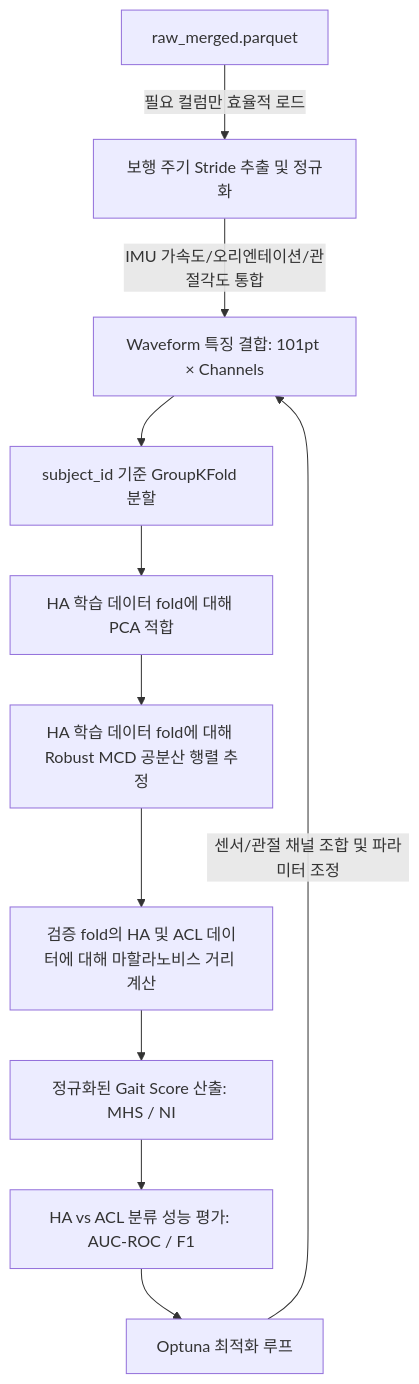
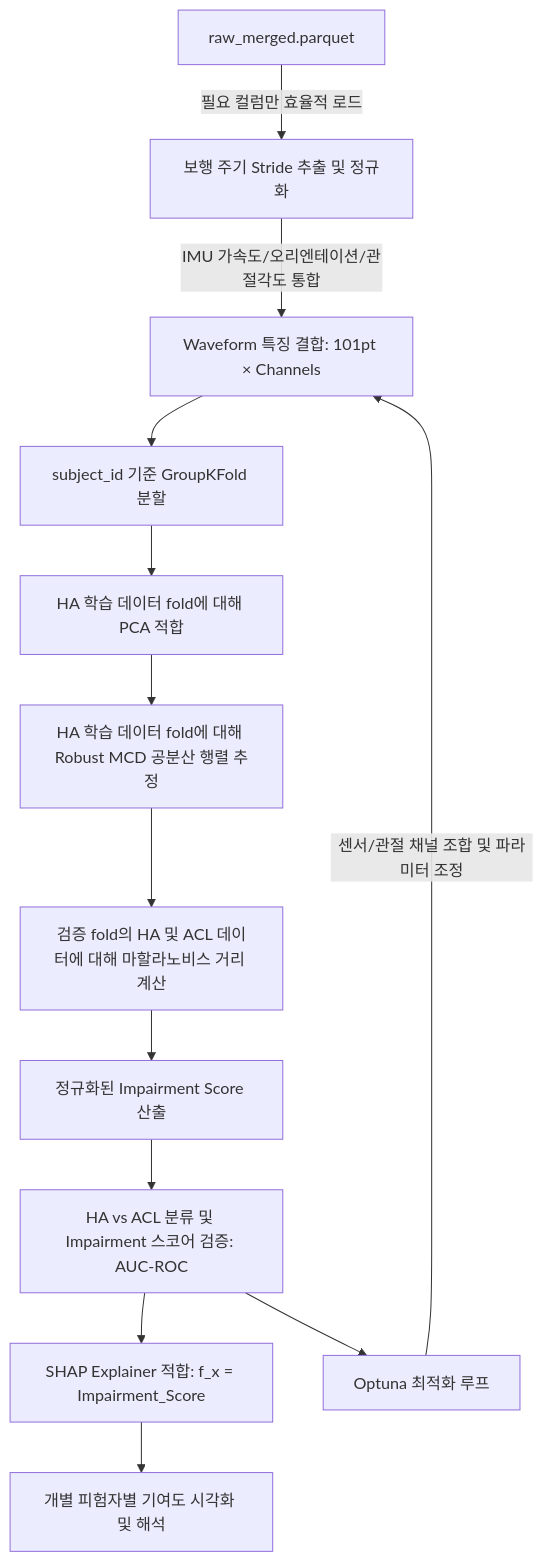
One commit to ryutt919/Knee-Assessment-from-Gait changed the diagram in 0702_Mahalanobis/01_plan.md. Above: the diagram before and after it, drawn with Mermaid. The commit also changed other lines of this file, not shown here.

Commit message:
feat: 정상 대비 편차를 측정하는 Impairment Score 정의 및 SHAP 해석 단계 추가 기획

````diff
--- a/0702_Mahalanobis/01_plan.md
+++ b/0702_Mahalanobis/01_plan.md
@@ -26,13 +30,15 @@
 ```mermaid
 graph TD
     A[raw_merged.parquet] -->|필요 컬럼만 효율적 로드| B[보행 주기 Stride 추출 및 정규화]
     B -->|IMU 가속도/오리엔테이션/관절각도 통합| C[Waveform 특징 결합: 101pt × Channels]
     C --> D[subject_id 기준 GroupKFold 분할]
     D --> E[HA 학습 데이터 fold에 대해 PCA 적합]
     E --> F[HA 학습 데이터 fold에 대해 Robust MCD 공분산 행렬 추정]
     F --> G[검증 fold의 HA 및 ACL 데이터에 대해 마할라노비스 거리 계산]
-    G --> H[정규화된 Gait Score 산출: MHS / NI]
-    H --> I[HA vs ACL 분류 성능 평가: AUC-ROC / F1]
-    I --> J[Optuna 최적화 루프]
-    J -->|센서/관절 채널 조합 및 파라미터 조정| C
+    G --> H[정규화된 Impairment Score 산출]
+    H --> I[HA vs ACL 분류 및 Impairment 스코어 검증: AUC-ROC]
+    I --> J[SHAP Explainer 적합: f_x = Impairment_Score]
+    J --> K[개별 피험자별 기여도 시각화 및 해석]
+    I --> L[Optuna 최적화 루프]
+    L -->|센서/관절 채널 조합 및 파라미터 조정| C
 ```
````
